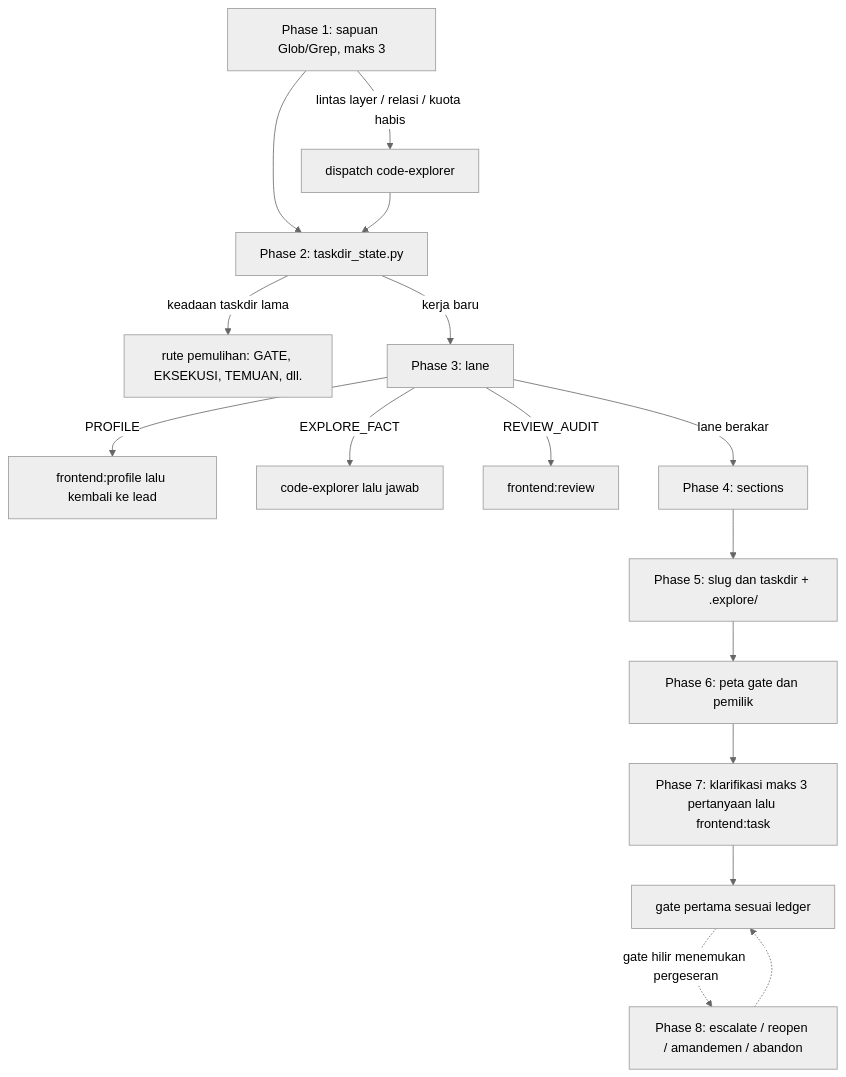
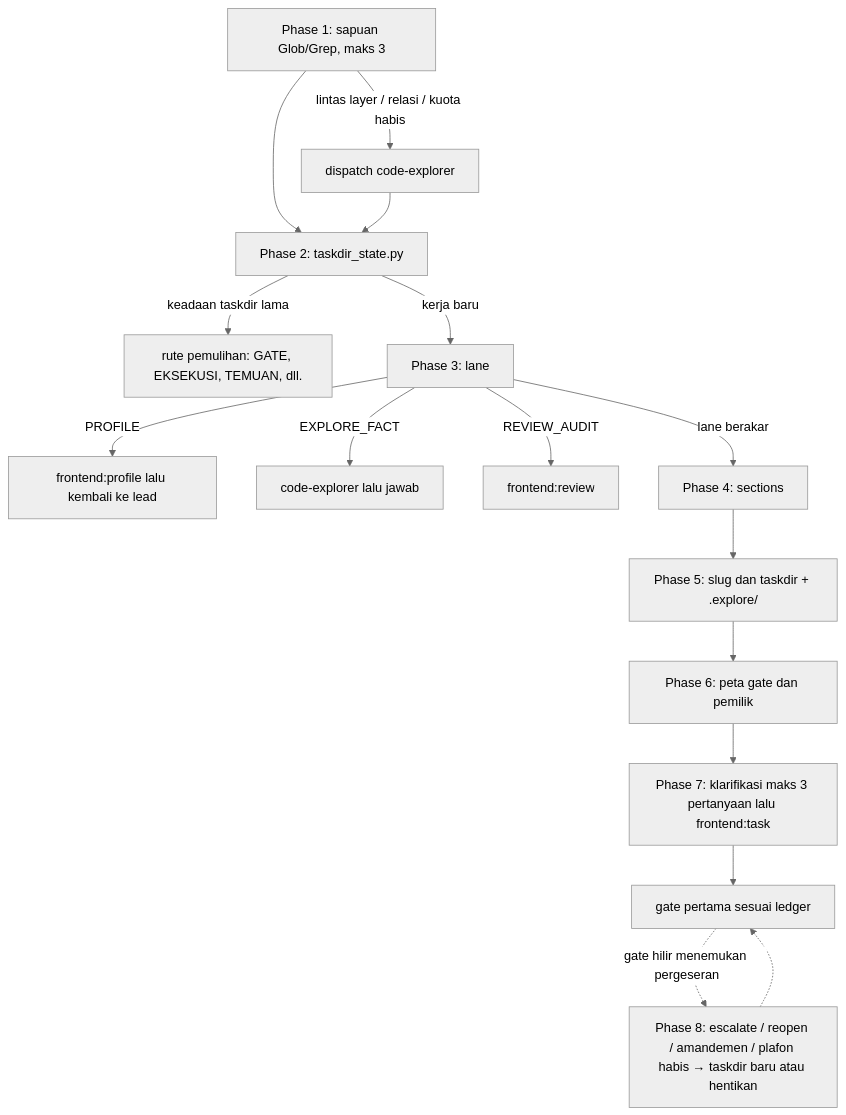
One commit to nataflow/agentic-workflow changed the second of 8 diagrams in flow/frontend.md. Above: the diagram before and after it, drawn with Mermaid (neutral theme). The commit also changed other lines of this file and 25 other files, not shown here.

````diff
--- a/flow/frontend.md
+++ b/flow/frontend.md
@@ -173,18 +177,18 @@
 ```mermaid
 flowchart TD
     A["Phase 1: sapuan Glob/Grep, maks 3"] -->|"lintas layer / relasi / kuota habis"| X["dispatch code-explorer"]
     A --> B["Phase 2: taskdir_state.py"]
     X --> B
     B -->|"keadaan taskdir lama"| R["rute pemulihan: GATE, EKSEKUSI, TEMUAN, dll."]
     B -->|"kerja baru"| C["Phase 3: lane"]
     C -->|"PROFILE"| P["frontend:profile lalu kembali ke lead"]
     C -->|"EXPLORE_FACT"| X2["code-explorer lalu jawab"]
     C -->|"REVIEW_AUDIT"| RV["frontend:review"]
     C -->|"lane berakar"| D["Phase 4: sections"]
     D --> E["Phase 5: slug dan taskdir + .explore/"]
     E --> F["Phase 6: peta gate dan pemilik"]
     F --> G["Phase 7: klarifikasi maks 3 pertanyaan lalu frontend:task"]
     G --> H["gate pertama sesuai ledger"]
-    H -.->|"gate hilir menemukan pergeseran"| P8["Phase 8: escalate / reopen / amandemen / abandon"]
+    H -.->|"gate hilir menemukan pergeseran"| P8["Phase 8: escalate / reopen / amandemen / plafon habis → taskdir baru atau hentikan"]
     P8 -.-> H
 ```
````
